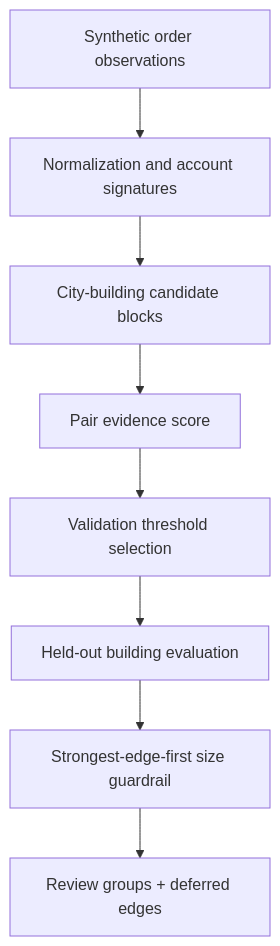
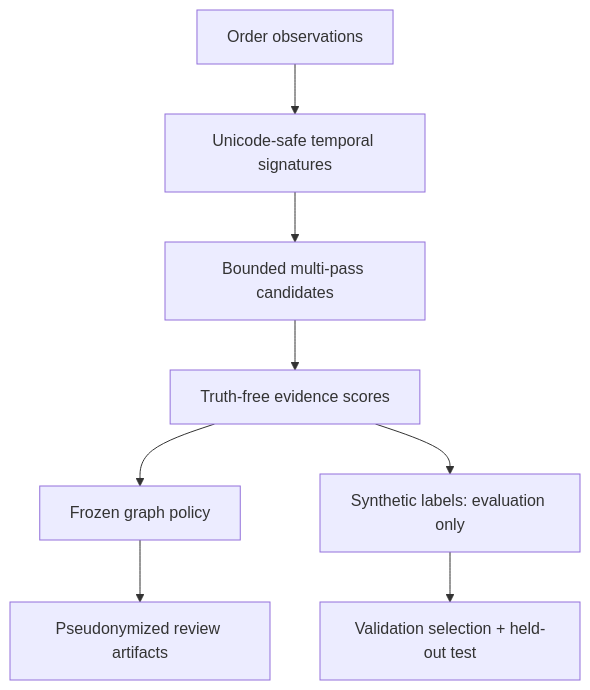
The diagram in README.md (parisaMSTFV/customer-relation-detection), drawn with Mermaid before and after one commit. The commit also changed other lines of this file and 47 other files, not shown here.

````diff
--- a/README.md
+++ b/README.md
@@ -50,10 +42,10 @@
 ```mermaid
 flowchart TD
-    A["Synthetic order observations"] --> B["Normalization and account signatures"]
-    B --> C["City-building candidate blocks"]
-    C --> D["Pair evidence score"]
-    D --> E["Validation threshold selection"]
-    E --> F["Held-out building evaluation"]
-    F --> G["Strongest-edge-first size guardrail"]
-    G --> H["Review groups + deferred edges"]
+    A["Order observations"] --> B["Unicode-safe temporal signatures"]
+    B --> C["Bounded multi-pass candidates"]
+    C --> D["Truth-free evidence scores"]
+    D --> E["Frozen graph policy"]
+    E --> F["Pseudonymized review artifacts"]
+    D --> G["Synthetic labels: evaluation only"]
+    G --> H["Validation selection + held-out test"]
 ```
````
